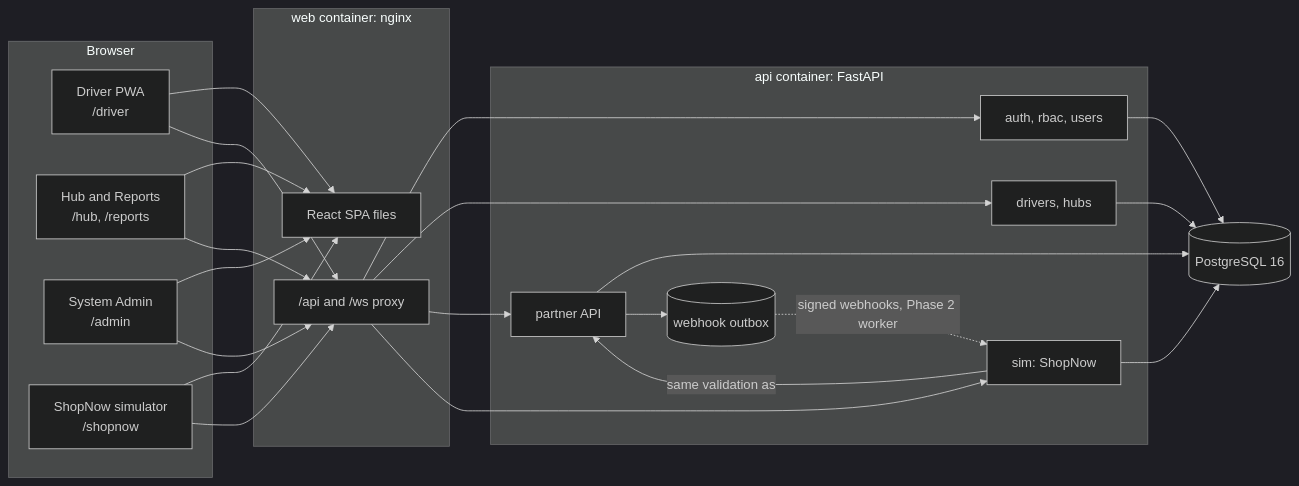
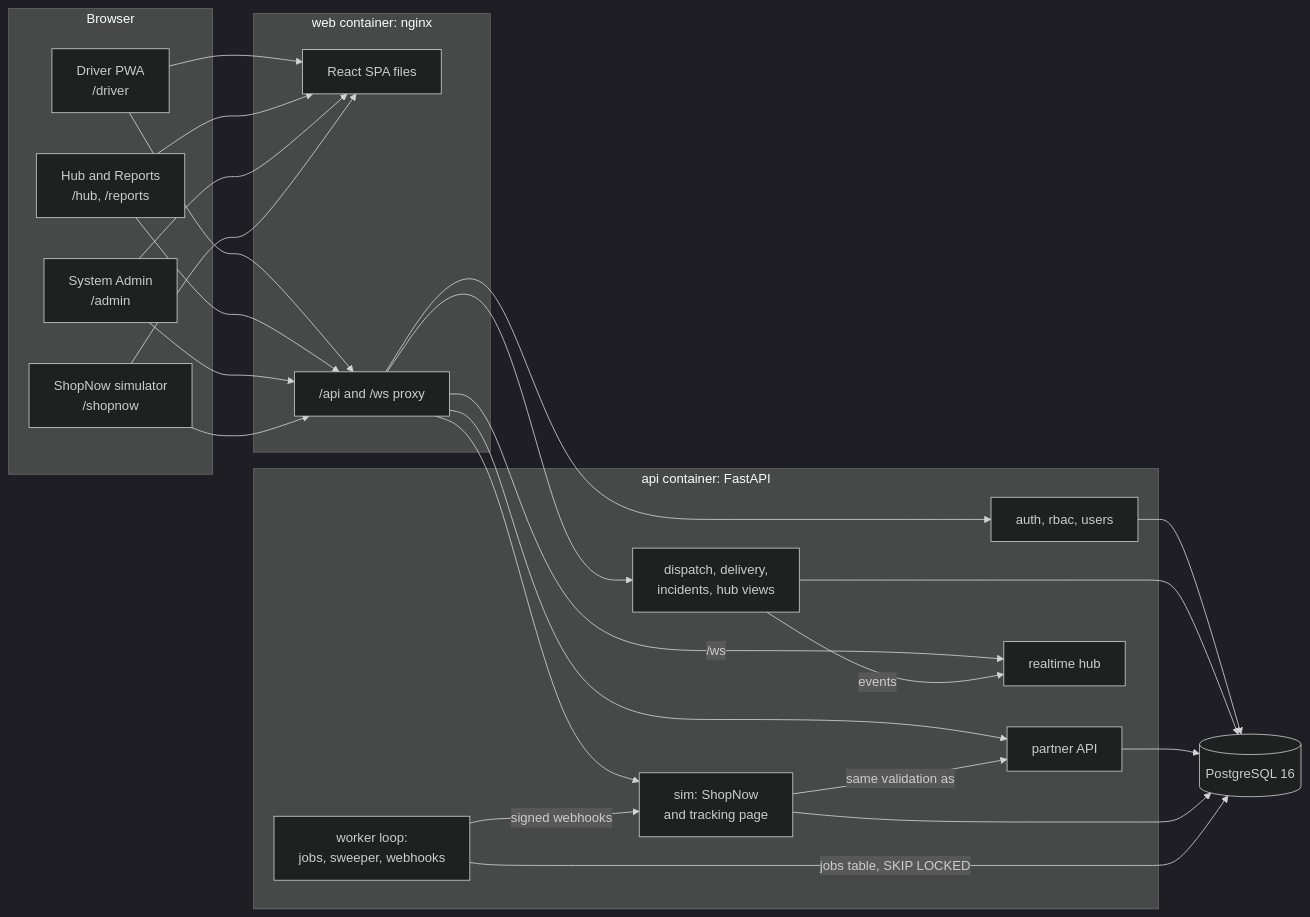
One commit to thienAG4/h4t-xpress changed the first of 8 diagrams in README.md. Above: the diagram before and after it, drawn with Mermaid (dark theme). The commit also changed other lines of this file and 2 other files, not shown here.

First line of the commit message:
docs: phase 2 README flows, checklist and spec decisions

````diff
--- a/README.md
+++ b/README.md
@@ -64,27 +82,31 @@
 ```mermaid
 flowchart LR
     subgraph Browser
         D["Driver PWA<br/>/driver"]
         H["Hub and Reports<br/>/hub, /reports"]
         A["System Admin<br/>/admin"]
         S["ShopNow simulator<br/>/shopnow"]
     end
     subgraph web["web container: nginx"]
         SPA["React SPA files"]
         P["/api and /ws proxy"]
     end
     subgraph api["api container: FastAPI"]
         AUTH[auth, rbac, users]
-        DRV[drivers, hubs]
+        OPS["dispatch, delivery,<br/>incidents, hub views"]
         PART[partner API]
-        SIM[sim: ShopNow]
-        OUT[(webhook outbox)]
+        SIM["sim: ShopNow<br/>and tracking page"]
+        WS[realtime hub]
+        WK["worker loop:<br/>jobs, sweeper, webhooks"]
     end
     DB[(PostgreSQL 16)]
     D & H & A & S --> SPA
-    D & H & A & S --> P --> AUTH & DRV & PART & SIM
+    D & H & A & S --> P
+    P --> AUTH & OPS & PART & SIM
+    P -- /ws --> WS
     SIM -- same validation as --> PART
-    AUTH & DRV & PART & SIM --> DB
-    PART --> OUT
-    OUT -. signed webhooks, Phase 2 worker .-> SIM
+    AUTH & OPS & PART & SIM --> DB
+    OPS -- events --> WS
+    WK -- jobs table, SKIP LOCKED --> DB
+    WK -- signed webhooks --> SIM
 ```
````
